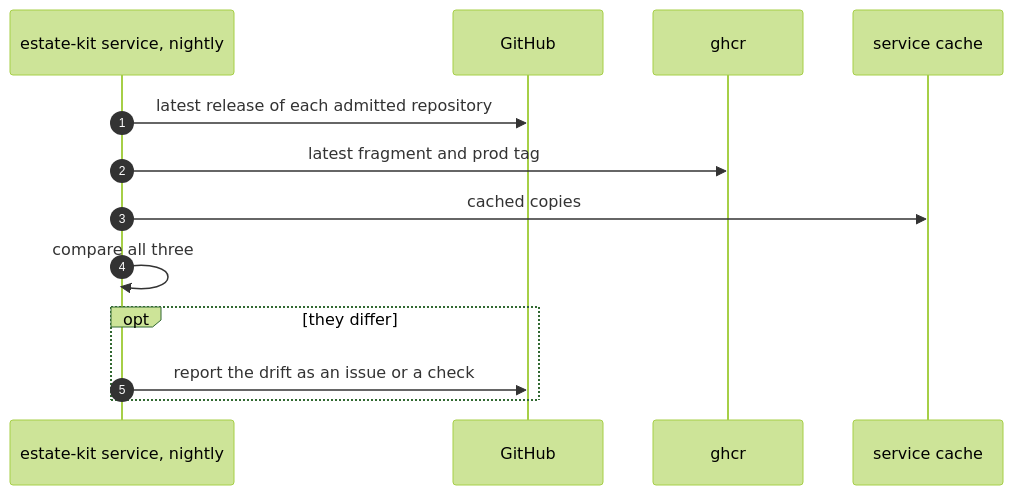
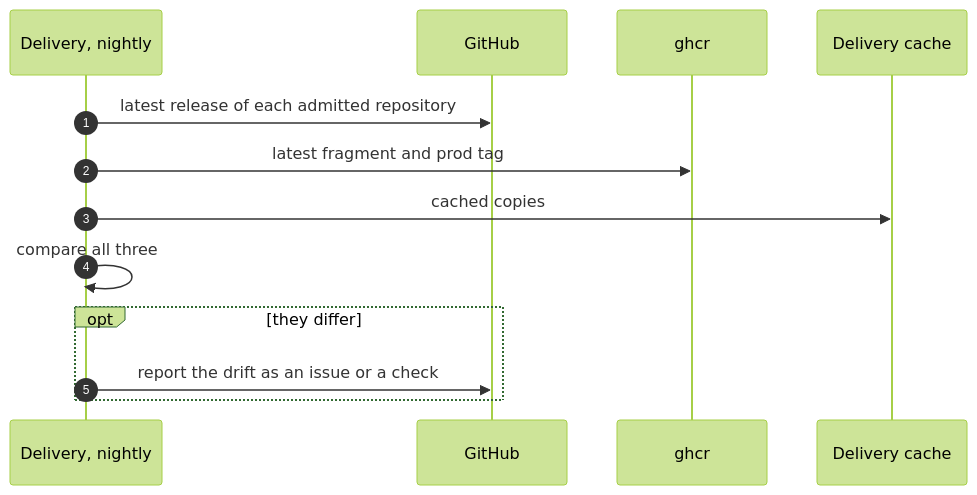
The diagram in docs/diagrams/raw/seq-drift-check.mmd (JorisJonkers-dev/estate-kit), drawn with Mermaid (forest theme) before and after one commit. The commit also changed 152 other files, not shown here.

First line of the commit message:
docs: rename the service to Delivery and add the evaluation's vocabulary (#158)

```diff
--- a/docs/diagrams/raw/seq-drift-check.mmd
+++ b/docs/diagrams/raw/seq-drift-check.mmd
@@ -1,14 +1,14 @@
 %% title: Nightly drift check
 sequenceDiagram
     autonumber
-    participant S as estate-kit service, nightly
+    participant S as Delivery, nightly
     participant G as GitHub
     participant O as ghcr
-    participant DB as service cache
+    participant DB as Delivery cache
     S->>G: latest release of each admitted repository
     S->>O: latest fragment and prod tag
     S->>DB: cached copies
     S->>S: compare all three
     opt they differ
         S->>G: report the drift as an issue or a check
     end
```
